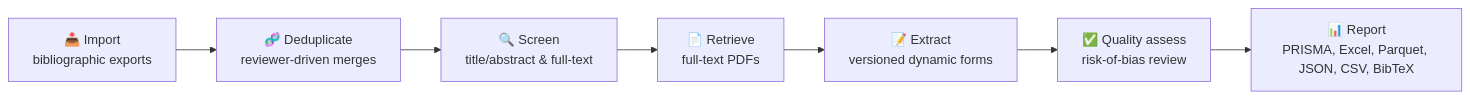
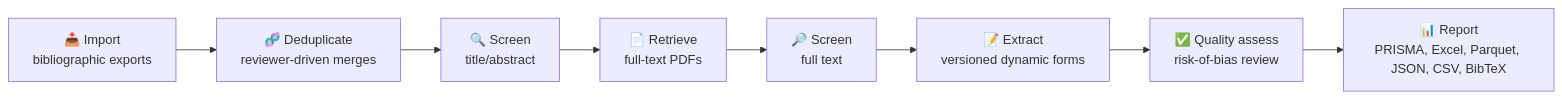
The diagram in README.md (tiuri101/papertrail), drawn with Mermaid before and after one commit. The commit also changed other lines of this file and 23 other files, not shown here.

````diff
--- a/README.md
+++ b/README.md
@@ -17,9 +17,10 @@
 ```mermaid
 flowchart LR
     A[📥 Import<br/>bibliographic exports] --> B[🧬 Deduplicate<br/>reviewer-driven merges]
-    B --> C[🔍 Screen<br/>title/abstract & full-text]
+    B --> C[🔍 Screen<br/>title/abstract]
     C --> D[📄 Retrieve<br/>full-text PDFs]
-    D --> E[📝 Extract<br/>versioned dynamic forms]
-    E --> F[✅ Quality assess<br/>risk-of-bias review]
-    F --> G[📊 Report<br/>PRISMA, Excel, Parquet, JSON, CSV, BibTeX]
+    D --> E[🔎 Screen<br/>full text]
+    E --> F[📝 Extract<br/>versioned dynamic forms]
+    F --> G[✅ Quality assess<br/>risk-of-bias review]
+    G --> H[📊 Report<br/>PRISMA, Excel, Parquet, JSON, CSV, BibTeX]
 ```
````
